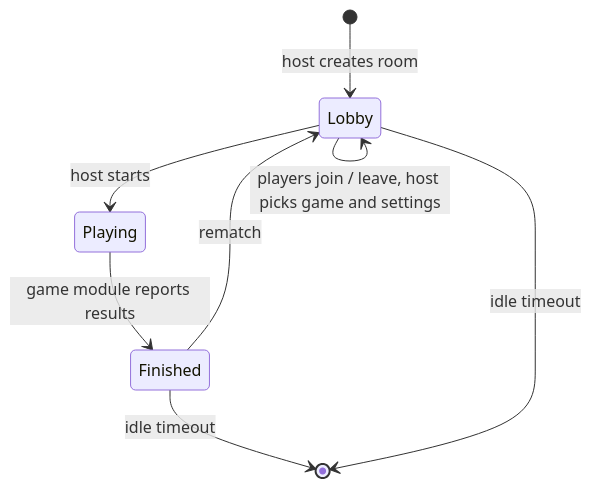
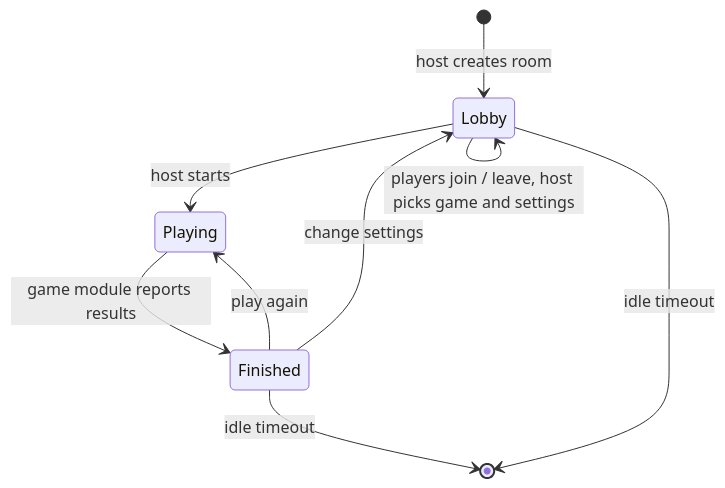
One commit to aristhegf/whizard changed the second of 2 diagrams in docs/ARCHITECTURE.md. Above: the diagram before and after it, drawn with Mermaid. The commit also changed other lines of this file and 2 other files, not shown here.

Commit message:
Document the game module design, solo play and M2

````diff
--- a/docs/ARCHITECTURE.md
+++ b/docs/ARCHITECTURE.md
@@ -123,10 +129,11 @@
 ```mermaid
 stateDiagram-v2
     [*] --> Lobby: host creates room
     Lobby --> Lobby: players join / leave, host picks game and settings
     Lobby --> Playing: host starts
     Playing --> Finished: game module reports results
-    Finished --> Lobby: rematch
+    Finished --> Playing: play again
+    Finished --> Lobby: change settings
     Finished --> [*]: idle timeout
     Lobby --> [*]: idle timeout
 ```
````
